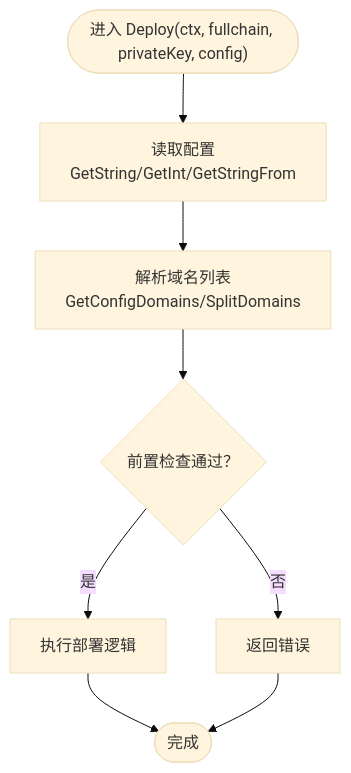
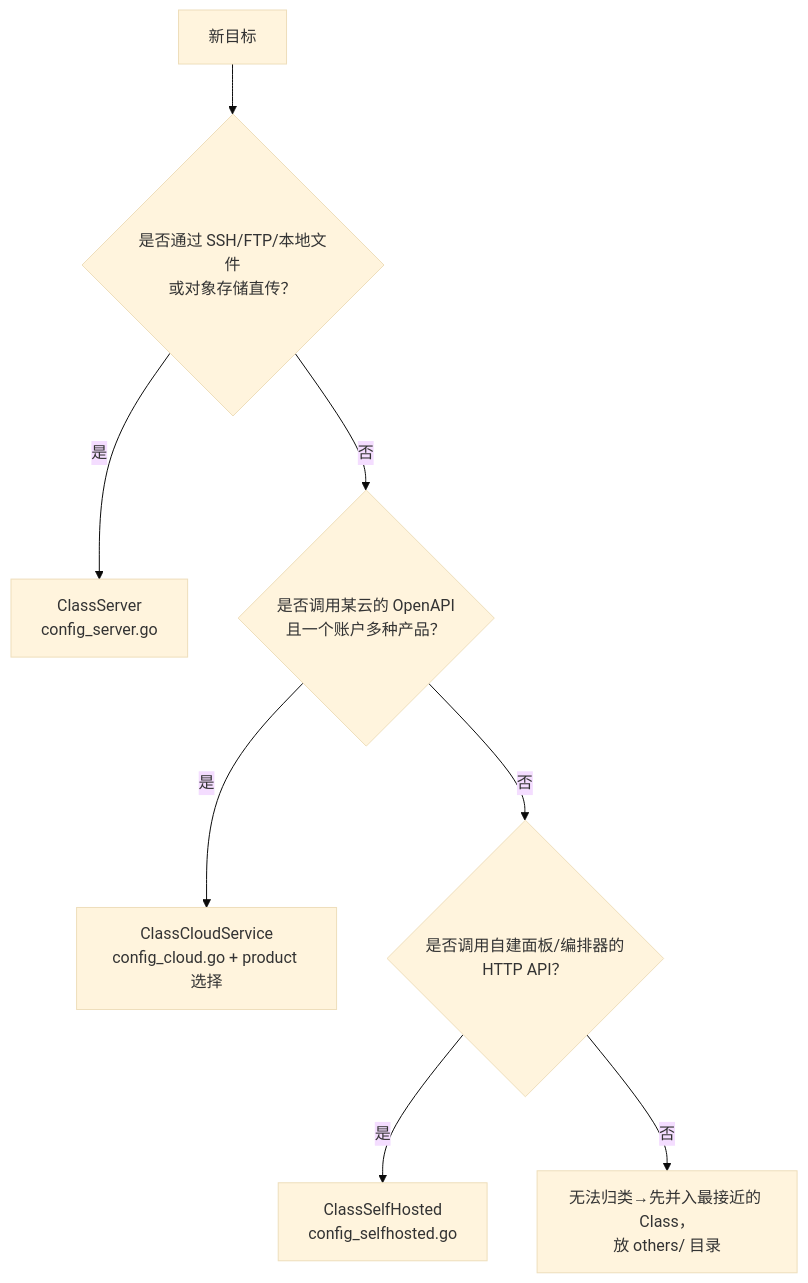
The third of 4 diagrams in docs/扩展开发/部署器扩展.md (x01n/dnsplane), drawn with Mermaid (base theme) before and after one commit. The commit also changed other lines of this file and 326 other files, not shown here.

````diff
--- a/docs/扩展开发/部署器扩展.md
+++ b/docs/扩展开发/部署器扩展.md
@@ -166,10 +331,10 @@
 ```mermaid
 flowchart TD
-Start(["进入 Deploy(ctx, fullchain, privateKey, config)"]) --> ReadCfg["读取配置<br/>GetString/GetInt/GetStringFrom"]
-ReadCfg --> Domains["解析域名列表<br/>GetConfigDomains/SplitDomains"]
-Domains --> PreCheck{"前置检查通过？"}
-PreCheck --> |否| Err["返回错误"]
-PreCheck --> |是| DoDeploy["执行部署逻辑"]
-DoDeploy --> Done(["完成"])
-Err --> Done
+S["新目标"] --> Q1{"是否通过 SSH/FTP/本地文件<br/>或对象存储直传？"}
+Q1 -->|是| SRV["ClassServer<br/>config_server.go"]
+Q1 -->|否| Q2{"是否调用某云的 OpenAPI<br/>且一个账户多种产品？"}
+Q2 -->|是| CLOUD["ClassCloudService<br/>config_cloud.go + product 选择"]
+Q2 -->|否| Q3{"是否调用自建面板/编排器的<br/>HTTP API？"}
+Q3 -->|是| SELF["ClassSelfHosted<br/>config_selfhosted.go"]
+Q3 -->|否| OTH["无法归类→先并入最接近的 Class，<br/>放 others/ 目录"]
 ```
````
